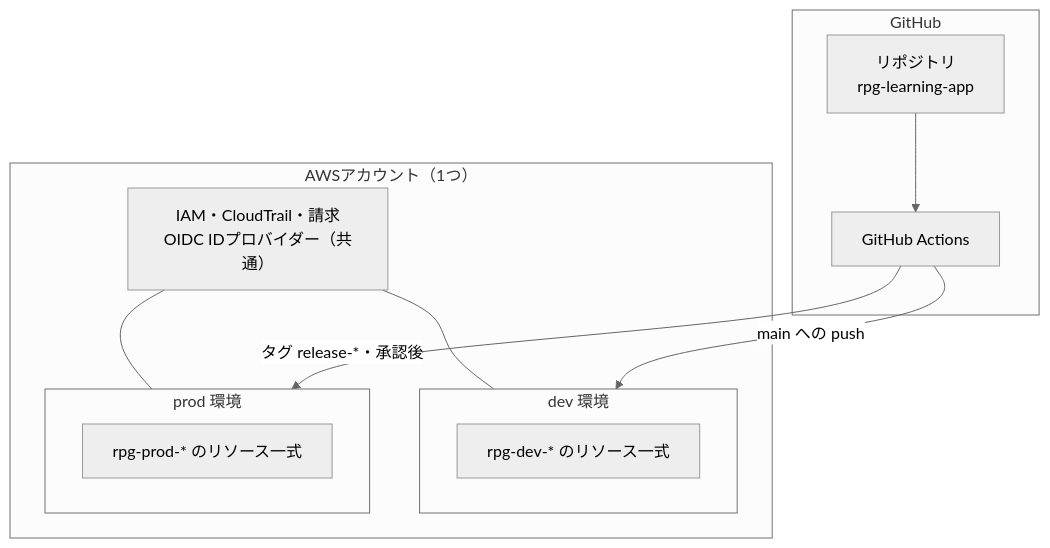
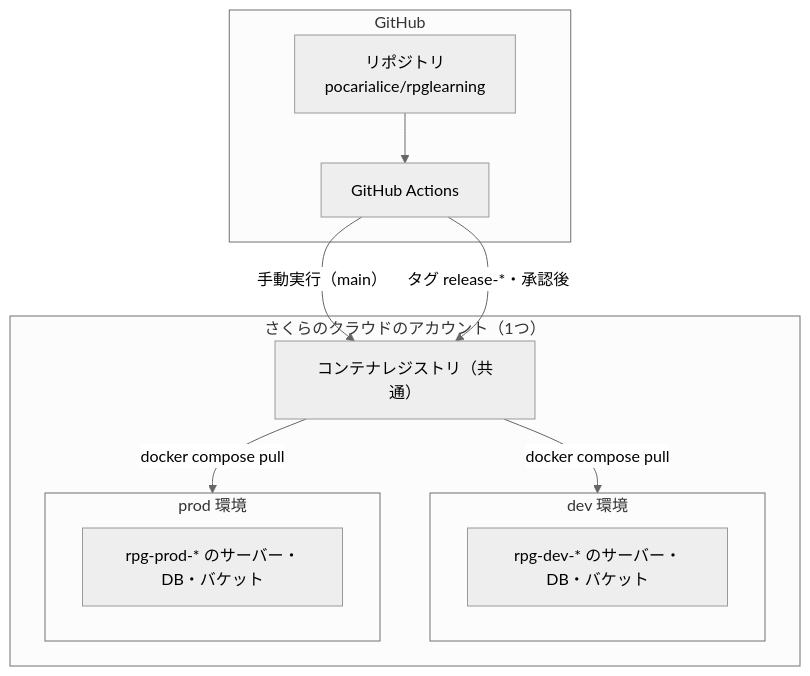
Before and after one commit to pocarialice/rpglearning: the third of 13 diagrams in documents/外部設計書_RPG学習アプリ.md, drawn with Mermaid (neutral theme). The commit also changed other lines of this file and 1 other file, not shown here.

````diff
--- a/documents/外部設計書_RPG学習アプリ.md
+++ b/documents/外部設計書_RPG学習アプリ.md
@@ -214,21 +193,21 @@
 ```mermaid
 flowchart TB
-  subgraph ACC["AWSアカウント（1つ）"]
+  subgraph ACC["さくらのクラウドのアカウント（1つ）"]
     subgraph DEV["dev 環境"]
-      D1["rpg-dev-* のリソース一式"]
+      D1["rpg-dev-* のサーバー・DB・バケット"]
     end
     subgraph PRD["prod 環境"]
-      P1["rpg-prod-* のリソース一式"]
+      P1["rpg-prod-* のサーバー・DB・バケット"]
     end
-    IAM["IAM・CloudTrail・請求<br>OIDC IDプロバイダー（共通）"]
+    CR["コンテナレジストリ（共通）"]
   end
   subgraph GH["GitHub"]
-    REPO["リポジトリ<br>rpg-learning-app"]
+    REPO["リポジトリ<br>pocarialice/rpglearning"]
     GA["GitHub Actions"]
   end
-  IAM --- DEV
-  IAM --- PRD
   REPO --> GA
-  GA -->|"main への push"| DEV
-  GA -->|"タグ release-*・承認後"| PRD
+  GA -->|"手動実行（main）"| CR
+  GA -->|"タグ release-*・承認後"| CR
+  CR -->|"docker compose pull"| DEV
+  CR -->|"docker compose pull"| PRD
 ```
````
